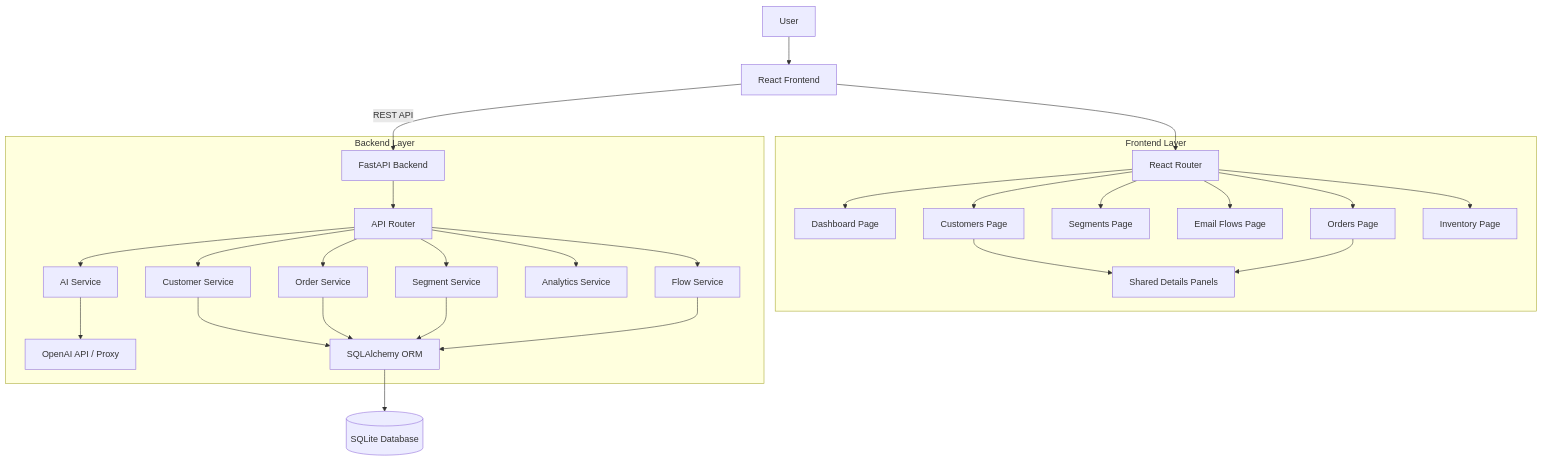
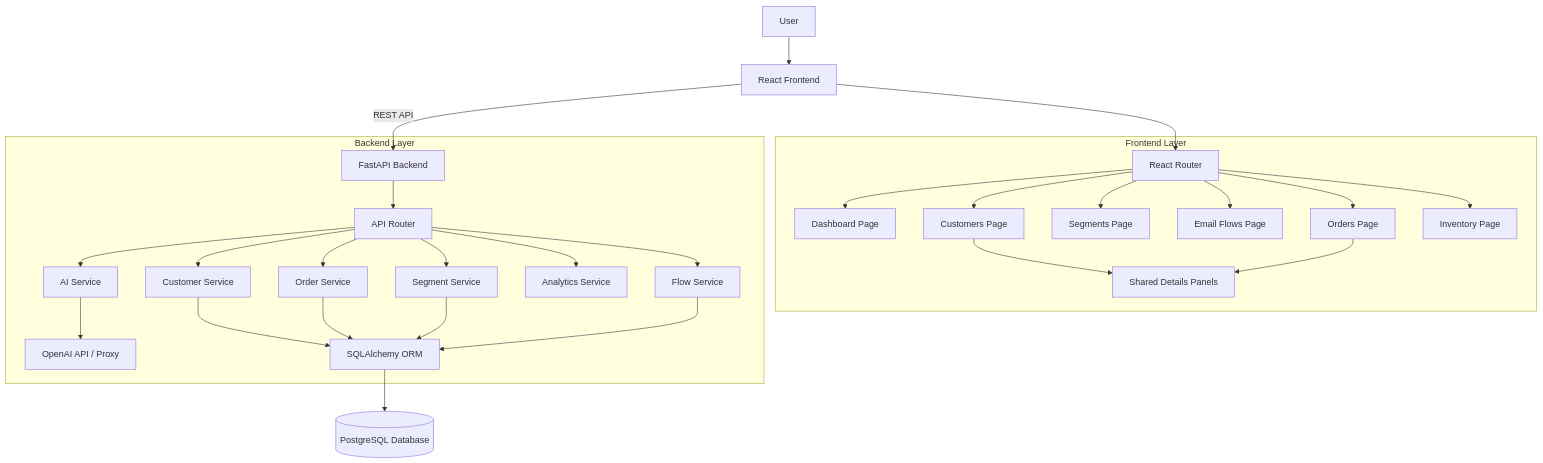
One commit to arjunsah21/hyperverge-cdp changed the first of 2 diagrams in DESIGN.md. Above: the diagram before and after it, drawn with Mermaid. The commit also changed other lines of this file and 10 other files, not shown here.

Commit message:
Migrate database to PostgreSQL with Alembic and Docker

````diff
--- a/DESIGN.md
+++ b/DESIGN.md
@@ -12,34 +12,34 @@
 ```mermaid
 graph TD
     User[User] --> Frontend[React Frontend]
     Frontend --> Router[React Router]
     
     subgraph "Frontend Layer"
         Router --> Dashboard[Dashboard Page]
         Router --> Customers[Customers Page]
         Router --> Segments[Segments Page]
         Router --> Flows[Email Flows Page]
         Router --> Orders[Orders Page]
         Router --> Inventory[Inventory Page]
         
         Customers & Orders --> DetailsPanel[Shared Details Panels]
     end
     
     Frontend -->|REST API| Backend[FastAPI Backend]
     
     subgraph "Backend Layer"
         Backend --> APIRouter[API Router]
         APIRouter --> CustomerSVC[Customer Service]
         APIRouter --> OrderSVC[Order Service]
         APIRouter --> SegmentSVC[Segment Service]
         APIRouter --> FlowSVC[Flow Service]
 
         APIRouter --> AnalyticsSVC[Analytics Service]
         APIRouter --> AISVC[AI Service]
         
         AISVC --> OpenAI[OpenAI API / Proxy]
         CustomerSVC & OrderSVC & SegmentSVC & FlowSVC --> ORM[SQLAlchemy ORM]
     end
     
-    ORM --> DB[(SQLite Database)]
+    ORM --> DB[(PostgreSQL Database)]
 ```
````
